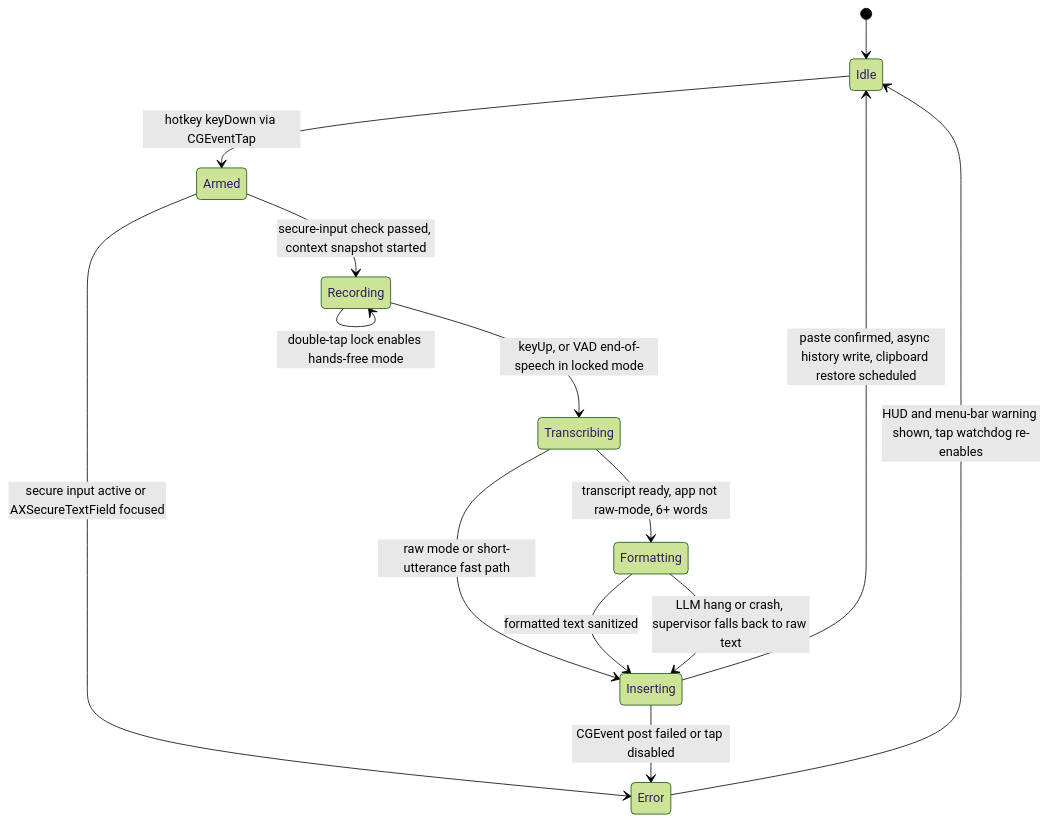
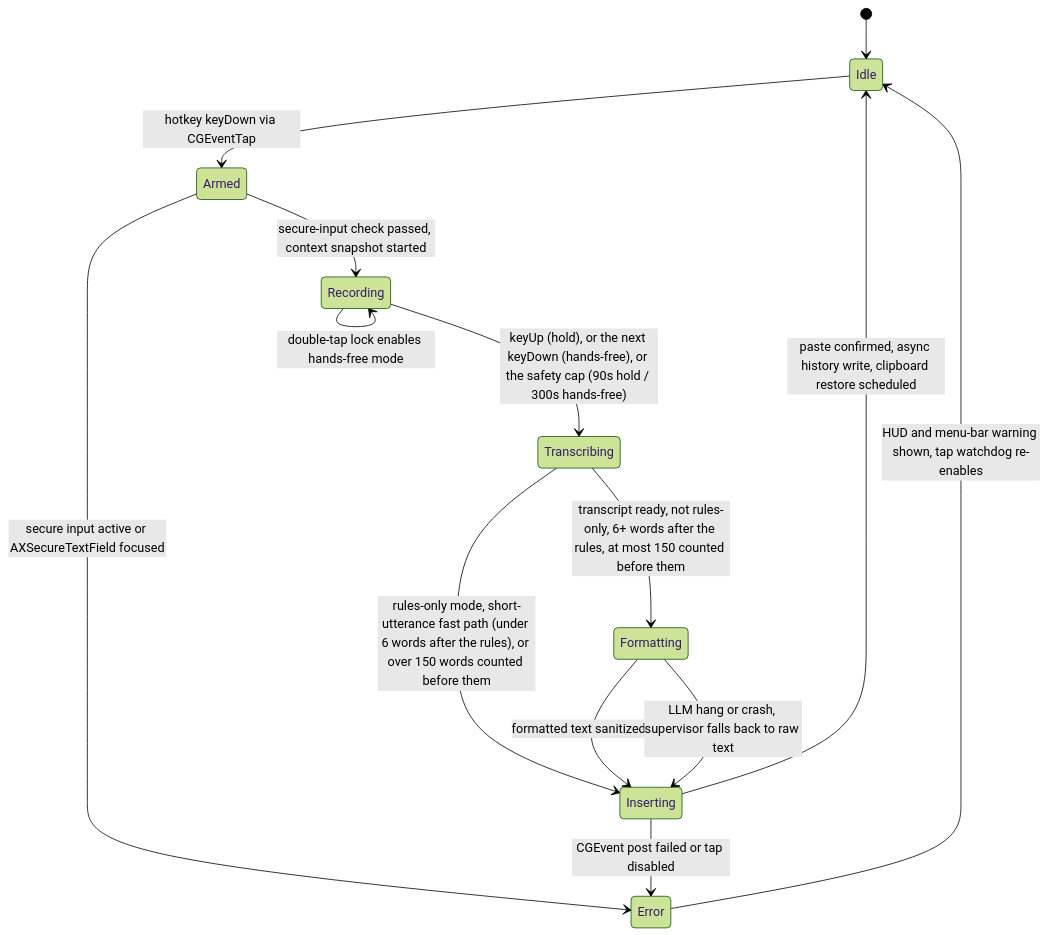
The third of 3 diagrams in docs/ARCHITECTURE.md (Micaxes/whispr-bro), drawn with Mermaid (forest theme) before and after one commit. The commit also changed other lines of this file and 130 other files, not shown here.

First line of the commit message:
feat: dictation quality, hands-free, spoken layout, self-repair rules and the menu bar

````diff
--- a/docs/ARCHITECTURE.md
+++ b/docs/ARCHITECTURE.md
@@ -182,16 +190,16 @@
 ```mermaid
 stateDiagram-v2
     [*] --> Idle
     Idle --> Armed: hotkey keyDown via CGEventTap
     Armed --> Recording: secure-input check passed, context snapshot started
     Armed --> Error: secure input active or AXSecureTextField focused
     Recording --> Recording: double-tap lock enables hands-free mode
-    Recording --> Transcribing: keyUp, or VAD end-of-speech in locked mode
-    Transcribing --> Formatting: transcript ready, app not raw-mode, 6+ words
-    Transcribing --> Inserting: raw mode or short-utterance fast path
+    Recording --> Transcribing: keyUp (hold), or the next keyDown (hands-free), or the safety cap (90s hold / 300s hands-free)
+    Transcribing --> Formatting: transcript ready, not rules-only, 6+ words after the rules, at most 150 counted before them
+    Transcribing --> Inserting: rules-only mode, short-utterance fast path (under 6 words after the rules), or over 150 words counted before them
     Formatting --> Inserting: formatted text sanitized
     Formatting --> Inserting: LLM hang or crash, supervisor falls back to raw text
     Inserting --> Idle: paste confirmed, async history write, clipboard restore scheduled
     Inserting --> Error: CGEvent post failed or tap disabled
     Error --> Idle: HUD and menu-bar warning shown, tap watchdog re-enables
 ```
````
